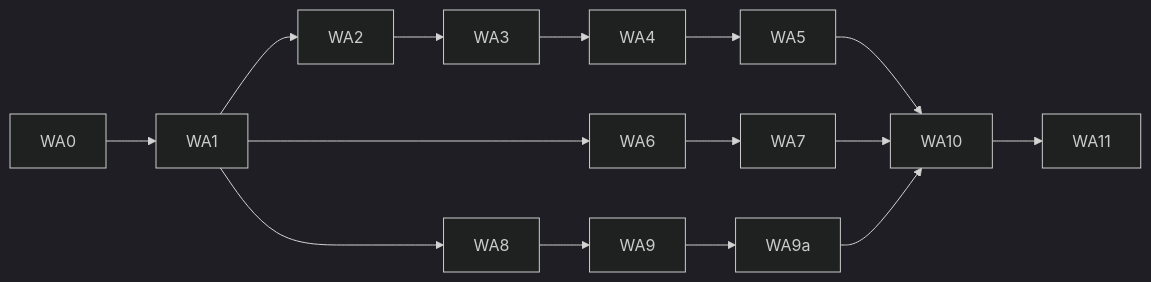
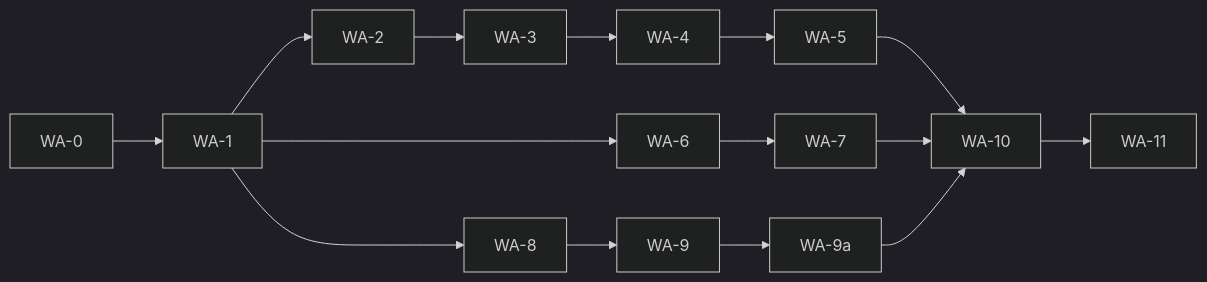
The first of 2 diagrams in docs/developer/plans/word-authoring-poc.md (nebularis/lattice), drawn with Mermaid (dark theme) before and after one commit. The commit also changed other lines of this file and 422 other files, not shown here.

````diff
--- a/docs/developer/plans/word-authoring-poc.md
+++ b/docs/developer/plans/word-authoring-poc.md
@@ -272,7 +273,7 @@
 ```mermaid
 flowchart LR
-    WA0 --> WA1 --> WA2 --> WA3 --> WA4 --> WA5
-    WA1 --> WA6 --> WA7
-    WA1 --> WA8 --> WA9 --> WA9a
-    WA5 & WA7 & WA9a --> WA10 --> WA11
+    WA-0 --> WA-1 --> WA-2 --> WA-3 --> WA-4 --> WA-5
+    WA-1 --> WA-6 --> WA-7
+    WA-1 --> WA-8 --> WA-9 --> WA-9a
+    WA-5 & WA-7 & WA-9a --> WA-10 --> WA-11
 ```
````
